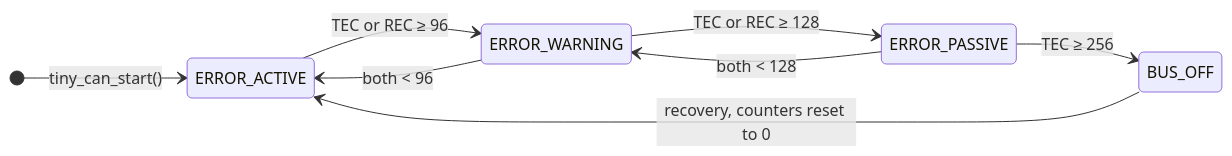
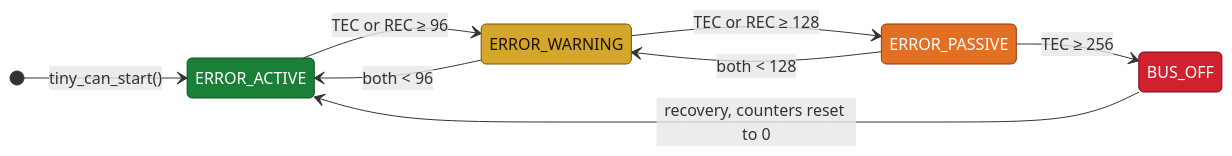
Before and after one commit to shanirub/tiny-ecus: the fourth of 5 diagrams in components/tiny_can/README.md, drawn with Mermaid. The commit also changed other lines of this file, not shown here.

First line of the commit message:
tiny_can diagrams: colour by execution context and state (#16)

````diff
--- a/components/tiny_can/README.md
+++ b/components/tiny_can/README.md
@@ -158,11 +185,19 @@
 ```mermaid
 stateDiagram-v2
     direction LR
     [*] --> ERROR_ACTIVE : tiny_can_start()
     ERROR_ACTIVE --> ERROR_WARNING : TEC or REC ≥ 96
     ERROR_WARNING --> ERROR_ACTIVE : both < 96
     ERROR_WARNING --> ERROR_PASSIVE : TEC or REC ≥ 128
     ERROR_PASSIVE --> ERROR_WARNING : both < 128
     ERROR_PASSIVE --> BUS_OFF : TEC ≥ 256
     BUS_OFF --> ERROR_ACTIVE : recovery, counters reset to 0
+    classDef active fill:#1a7f37,stroke:#0f5323,color:#ffffff
+    classDef warning fill:#d4a72c,stroke:#7d4e00,color:#1f1300
+    classDef passive fill:#e16f24,stroke:#953800,color:#ffffff
+    classDef busoff fill:#cf222e,stroke:#82071e,color:#ffffff
+    class ERROR_ACTIVE active
+    class ERROR_WARNING warning
+    class ERROR_PASSIVE passive
+    class BUS_OFF busoff
 ```
````
